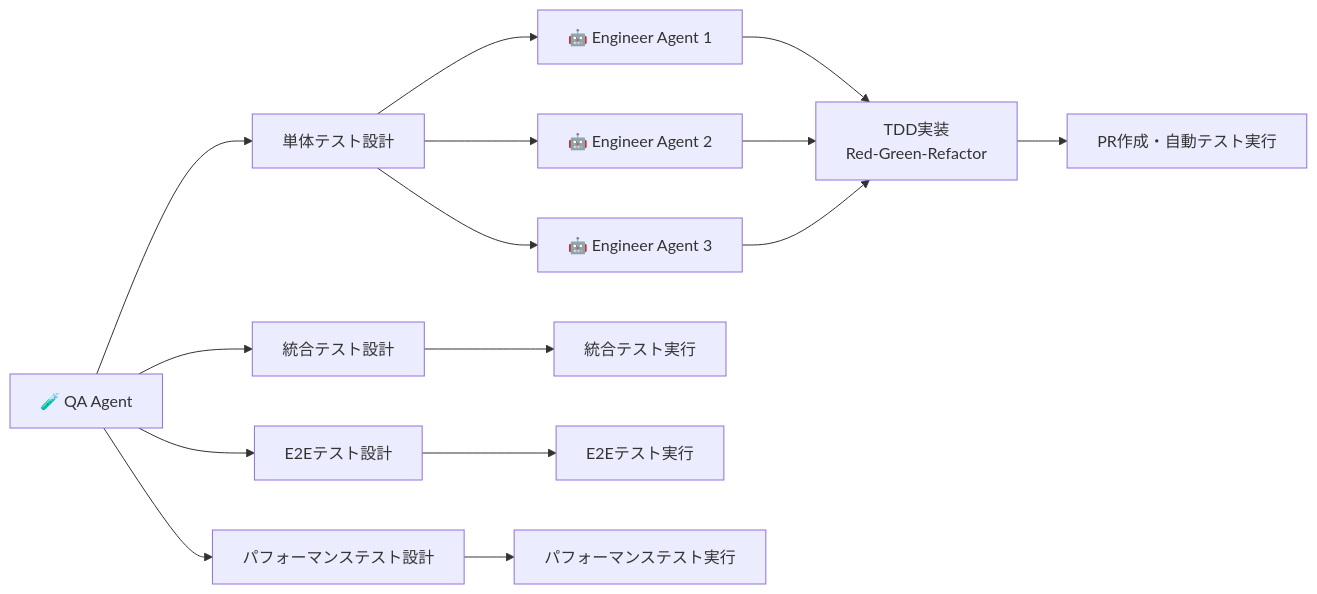
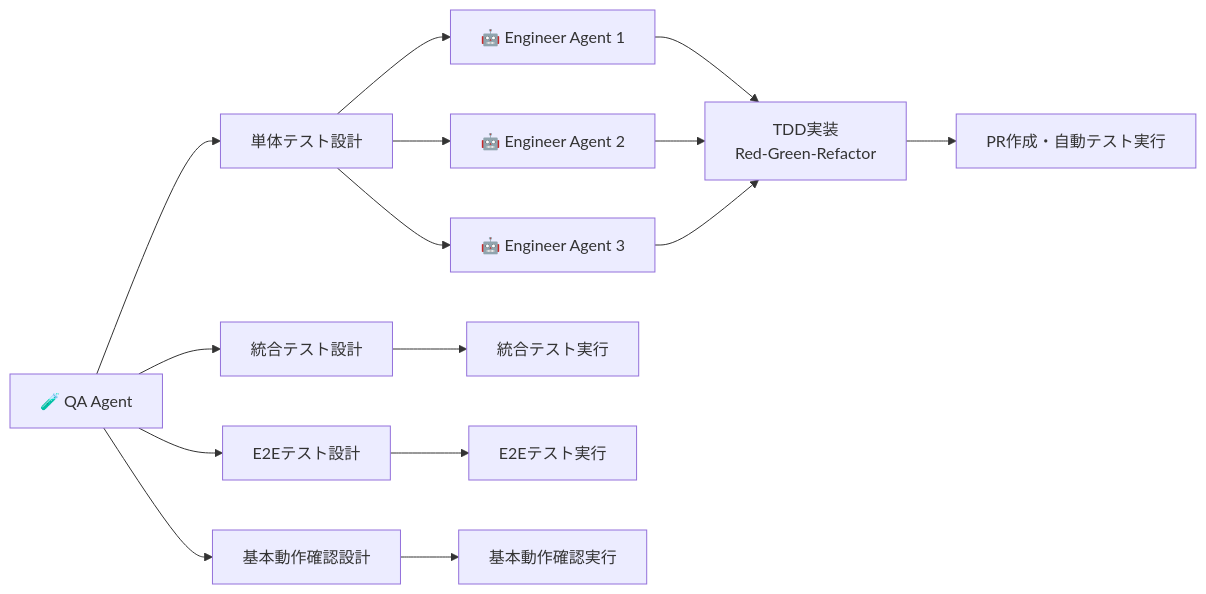
The second of 2 diagrams in USAGE.md (masanami/ai_driven_development), drawn with Mermaid before and after one commit. The commit also changed other lines of this file and 5 other files, not shown here.

````diff
--- a/USAGE.md
+++ b/USAGE.md
@@ -301,20 +301,20 @@
 ```mermaid
 graph LR
     A[🧪 QA Agent] --> B[単体テスト設計]
     A --> C[統合テスト設計]  
     A --> D[E2Eテスト設計]
-    A --> E[パフォーマンステスト設計]
+    A --> E[基本動作確認設計]
     
     B --> F[🤖 Engineer Agent 1]
     B --> G[🤖 Engineer Agent 2]
     B --> H[🤖 Engineer Agent 3]
     
     F --> I[TDD実装<br/>Red-Green-Refactor]
     G --> I
     H --> I
     
     I --> J[PR作成・自動テスト実行]
     C --> K[統合テスト実行]
     D --> L[E2Eテスト実行]
-    E --> M[パフォーマンステスト実行]
+    E --> M[基本動作確認実行]
 ```
````
